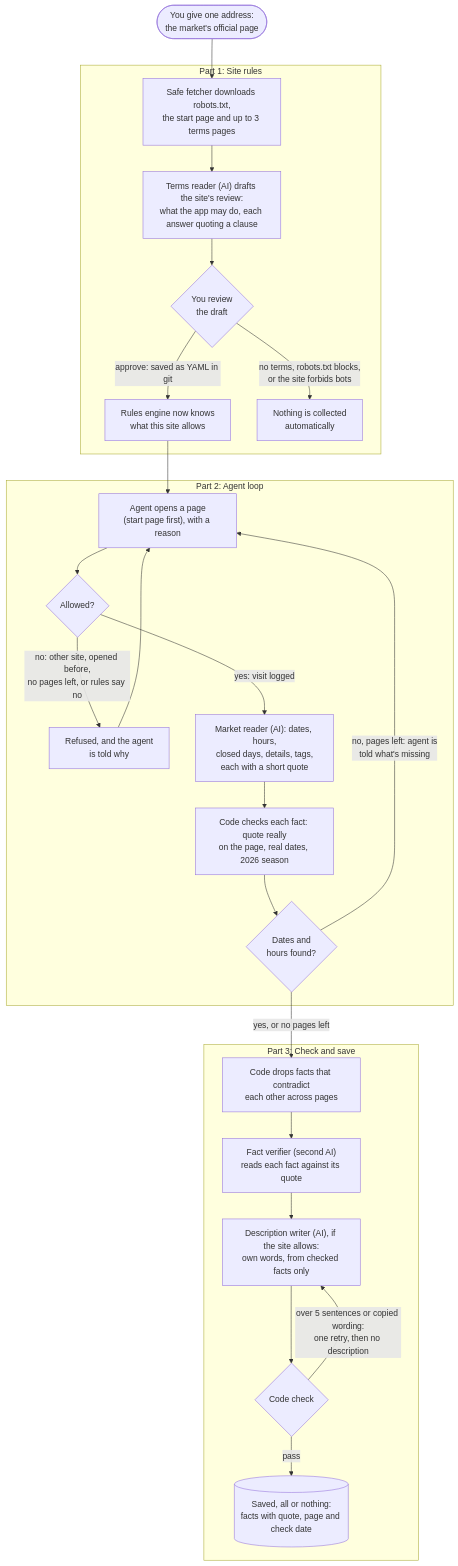
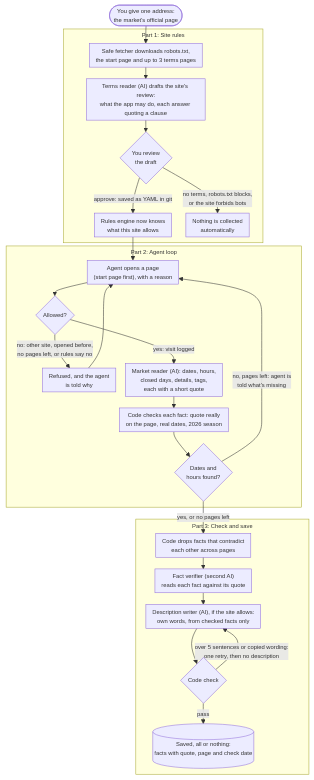
The first of 3 diagrams in README.md (Pallavi25Kishore/MerryMapped), drawn with Mermaid before and after one commit. The commit also changed other lines of this file, not shown here.

First line of the commit message:
README: legal engine up front, plain headings, smaller diagram

````diff
--- a/README.md
+++ b/README.md
@@ -91,36 +99,37 @@
 ```mermaid
+%%{init: {"themeVariables": {"fontSize": "11px"}, "flowchart": {"nodeSpacing": 18, "rankSpacing": 22, "padding": 6, "diagramPadding": 4, "subGraphTitleMargin": {"top": 4, "bottom": 12}}}}%%
 flowchart TD
   S(["You give one address:<br/>the market's official page"]) --> A1
 
   subgraph P1["Part 1: Site rules"]
     A1["Safe fetcher downloads robots.txt,<br/>the start page and up to 3 terms pages"]
     A1 --> A2["Terms reader (AI) drafts the site's review:<br/>what the app may do, each answer quoting a clause"]
     A2 --> A3{"You review<br/>the draft"}
     A3 -- "approve: saved as YAML in git" --> A4["Rules engine now knows<br/>what this site allows"]
     A3 -- "no terms, robots.txt blocks,<br/>or the site forbids bots" --> BLK["Nothing is collected<br/>automatically"]
   end
 
   A4 --> B1
 
   subgraph P2["Part 2: Agent loop"]
     B1["Agent opens a page<br/>(start page first), with a reason"]
     B1 --> B2{"Allowed?"}
     B2 -- "no: other site, opened before,<br/>no pages left, or rules say no" --> B6["Refused, and the agent<br/>is told why"]
     B6 --> B1
     B2 -- "yes: visit logged" --> B3["Market reader (AI): dates, hours,<br/>closed days, details, tags,<br/>each with a short quote"]
     B3 --> B4["Code checks each fact: quote really<br/>on the page, real dates, 2026 season"]
     B4 --> B5{"Dates and<br/>hours found?"}
     B5 -- "no, pages left: agent is<br/>told what's missing" --> B1
   end
 
   B5 -- "yes, or no pages left" --> C1
 
   subgraph P3["Part 3: Check and save"]
     C1["Code drops facts that contradict<br/>each other across pages"]
     C1 --> C2["Fact verifier (second AI)<br/>reads each fact against its quote"]
     C2 --> C3["Description writer (AI), if the site allows:<br/>own words, from checked facts only"]
     C3 --> C4{"Code check"}
     C4 -- "over 5 sentences or copied wording:<br/>one retry, then no description" --> C3
     C4 -- "pass" --> DB[("Saved, all or nothing:<br/>facts with quote, page and check date")]
   end
 ```
````
